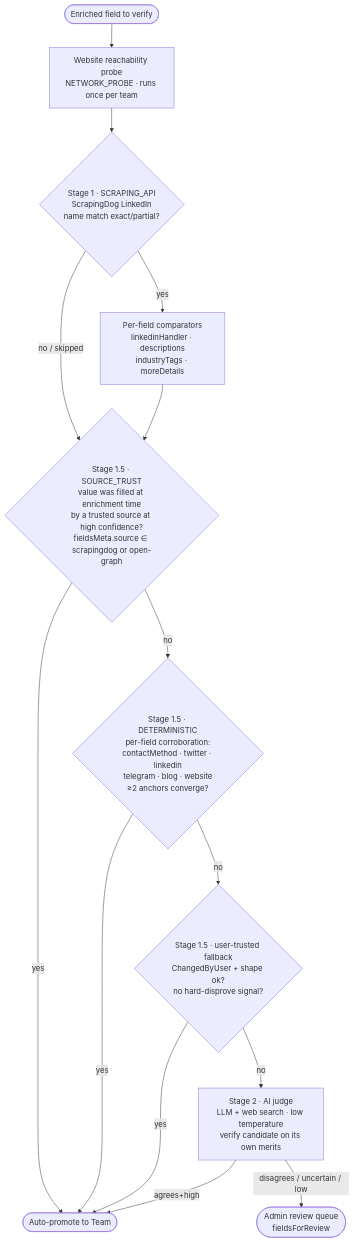
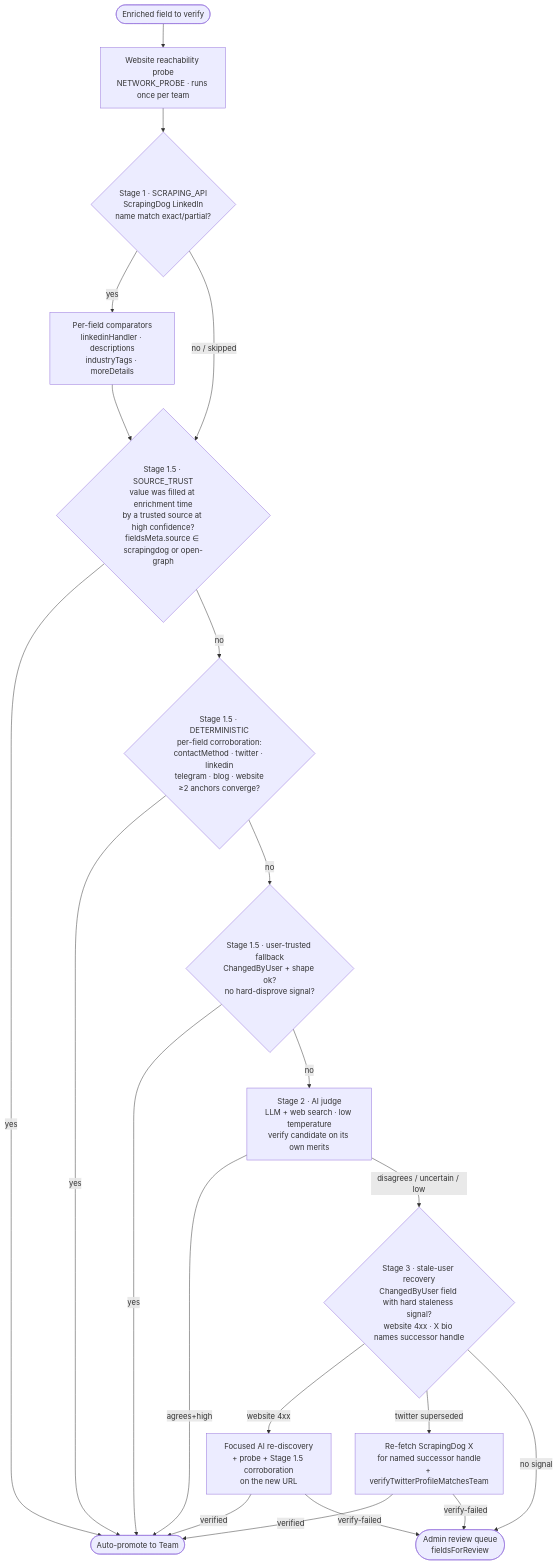
The diagram in docs/TEAM_ENRICHMENT.md (memser-spaceport/pln-directory-portal), drawn with Mermaid before and after one commit. The commit also changed other lines of this file and 4 other files, not shown here.

````diff
--- a/docs/TEAM_ENRICHMENT.md
+++ b/docs/TEAM_ENRICHMENT.md
@@ -210,27 +210,36 @@
 ```mermaid
 flowchart TD
   Start([Enriched field to verify]) --> Probe[Website reachability probe<br/>NETWORK_PROBE · runs once per team]
   Probe --> SD{Stage 1 · SCRAPING_API<br/>ScrapingDog LinkedIn<br/>name match exact/partial?}
   SD -->|yes| SDV[Per-field comparators<br/>linkedinHandler · descriptions<br/>industryTags · moreDetails]
   SD -->|no / skipped| ST
   SDV --> ST
 
   ST{Stage 1.5 · SOURCE_TRUST<br/>value was filled at enrichment time<br/>by a trusted source at high confidence?<br/>fieldsMeta.source ∈ scrapingdog or open-graph}
   ST -->|yes| Promote
   ST -->|no| FR
 
   FR{Stage 1.5 · DETERMINISTIC<br/>per-field corroboration:<br/>contactMethod · twitter · linkedin<br/>telegram · blog · website<br/>≥2 anchors converge?}
   FR -->|yes| Promote
   FR -->|no| UT
 
   UT{Stage 1.5 · user-trusted fallback<br/>ChangedByUser + shape ok?<br/>no hard-disprove signal?}
   UT -->|yes| Promote
   UT -->|no| AI
 
   AI[Stage 2 · AI judge<br/>LLM + web search · low temperature<br/>verify candidate on its own merits]
   AI -->|agrees+high| Promote
-  AI -->|disagrees / uncertain / low| Review
+  AI -->|disagrees / uncertain / low| SR
+
+  SR{Stage 3 · stale-user recovery<br/>ChangedByUser field with hard staleness signal?<br/>website 4xx · X bio names successor handle}
+  SR -->|website 4xx| AIRD[Focused AI re-discovery<br/>+ probe + Stage 1.5 corroboration<br/>on the new URL]
+  SR -->|twitter superseded| XV[Re-fetch ScrapingDog X<br/>for named successor handle<br/>+ verifyTwitterProfileMatchesTeam]
+  SR -->|no signal| Review
+  AIRD -->|verified| Promote
+  AIRD -->|verify-failed| Review
+  XV -->|verified| Promote
+  XV -->|verify-failed| Review
 
   Promote([Auto-promote to Team])
   Review([Admin review queue<br/>fieldsForReview])
 ```
````
